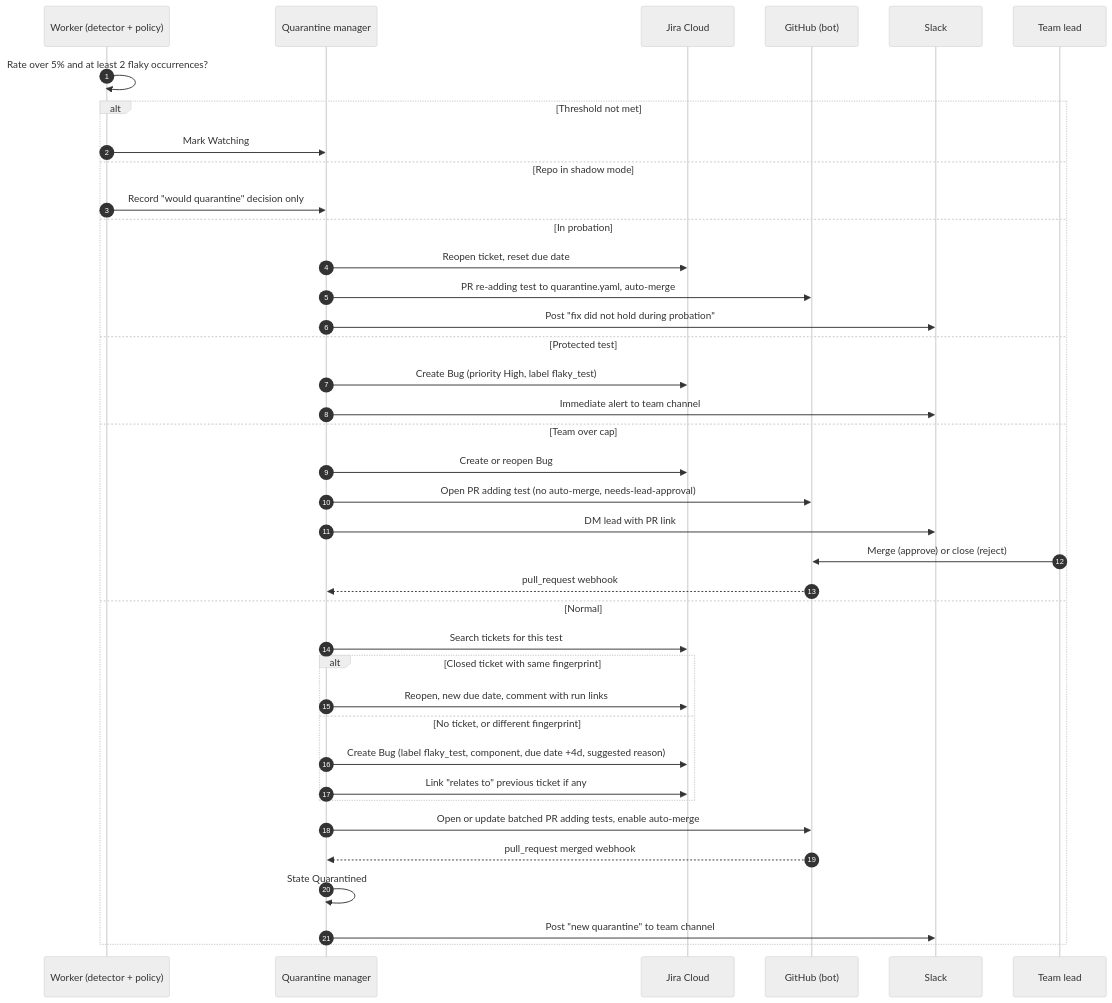
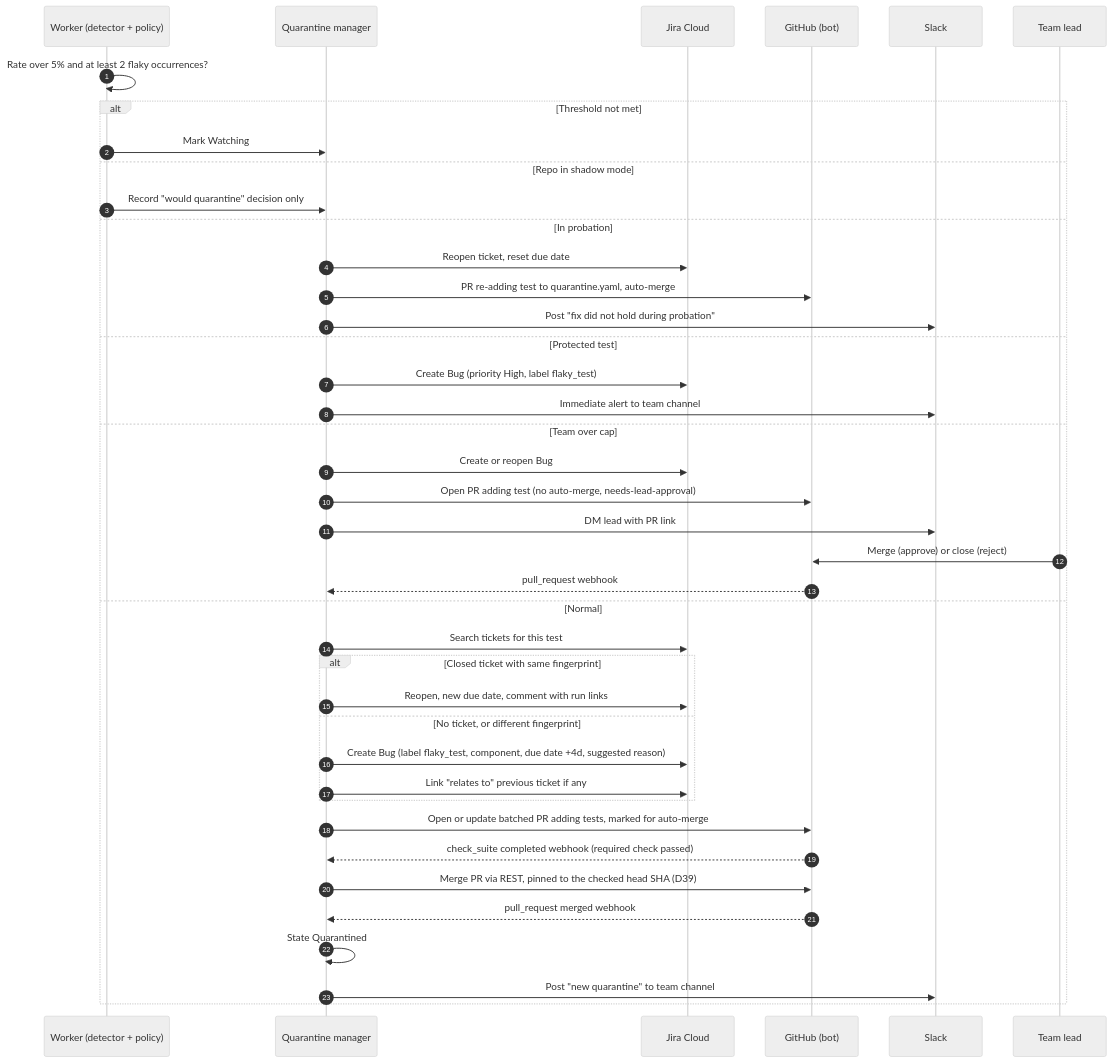
Before and after one commit to IrynaShkvirko/quarantine-tests: the fifth of 12 diagrams in docs/architecture.md, drawn with Mermaid (neutral theme). The commit also changed other lines of this file and 3 other files, not shown here.

````diff
--- a/docs/architecture.md
+++ b/docs/architecture.md
@@ -672,42 +673,44 @@
 ```mermaid
 sequenceDiagram
   autonumber
   participant W as Worker (detector + policy)
   participant QM as Quarantine manager
   participant J as Jira Cloud
   participant GH as GitHub (bot)
   participant S as Slack
   participant L as Team lead
 
   W->>W: Rate over 5% and at least 2 flaky occurrences?
   alt Threshold not met
     W->>QM: Mark Watching
   else Repo in shadow mode
     W->>QM: Record "would quarantine" decision only
   else In probation
     QM->>J: Reopen ticket, reset due date
     QM->>GH: PR re-adding test to quarantine.yaml, auto-merge
     QM->>S: Post "fix did not hold during probation"
   else Protected test
     QM->>J: Create Bug (priority High, label flaky_test)
     QM->>S: Immediate alert to team channel
   else Team over cap
     QM->>J: Create or reopen Bug
     QM->>GH: Open PR adding test (no auto-merge, needs-lead-approval)
     QM->>S: DM lead with PR link
     L->>GH: Merge (approve) or close (reject)
     GH-->>QM: pull_request webhook
   else Normal
     QM->>J: Search tickets for this test
     alt Closed ticket with same fingerprint
       QM->>J: Reopen, new due date, comment with run links
     else No ticket, or different fingerprint
       QM->>J: Create Bug (label flaky_test, component, due date +4d, suggested reason)
       QM->>J: Link "relates to" previous ticket if any
     end
-    QM->>GH: Open or update batched PR adding tests, enable auto-merge
+    QM->>GH: Open or update batched PR adding tests, marked for auto-merge
+    GH-->>QM: check_suite completed webhook (required check passed)
+    QM->>GH: Merge PR via REST, pinned to the checked head SHA (D39)
     GH-->>QM: pull_request merged webhook
     QM->>QM: State Quarantined
     QM->>S: Post "new quarantine" to team channel
   end
 ```
````
